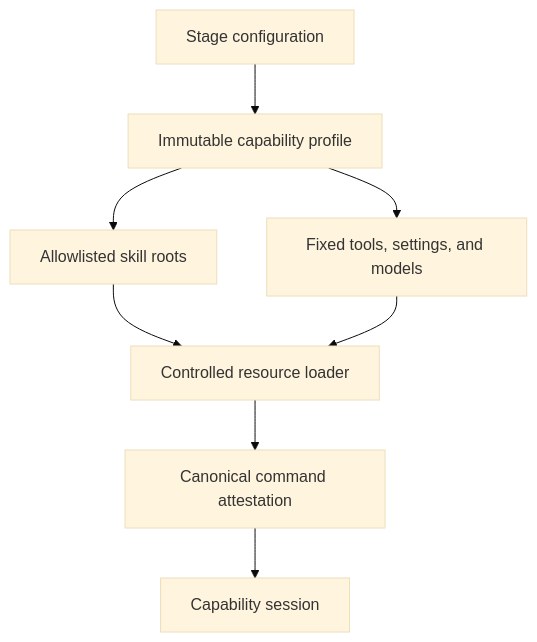
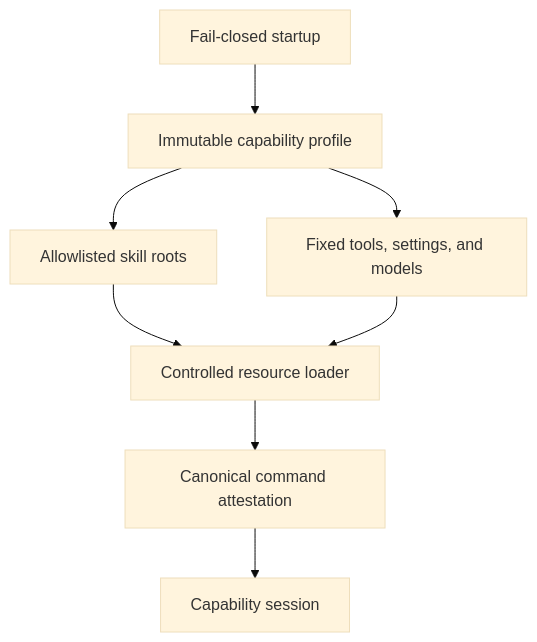
Before and after one commit to stanley50z/sz-pi-auto-mode: the diagram in openwiki/architecture/capability-boundary.md, drawn with Mermaid (base theme). The commit also changed other lines of this file and 27 other files, not shown here.

````diff
--- a/openwiki/architecture/capability-boundary.md
+++ b/openwiki/architecture/capability-boundary.md
@@ -26,10 +26,10 @@
 ```mermaid
 flowchart TD
-  C[Stage configuration] --> P[Immutable capability profile]
+  C[Fail-closed startup] --> P[Immutable capability profile]
   P --> S[Allowlisted skill roots]
   P --> T[Fixed tools, settings, and models]
   S --> R[Controlled resource loader]
   T --> R
   R --> A[Canonical command attestation]
   A --> Q[Capability session]
 ```
````
